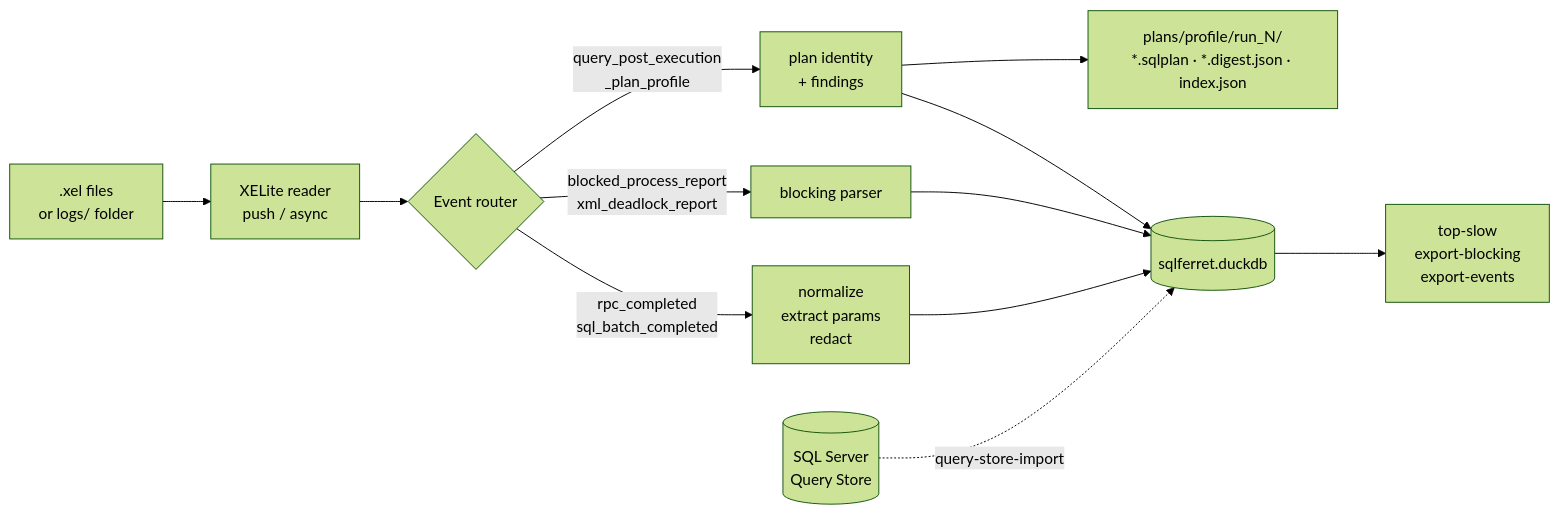
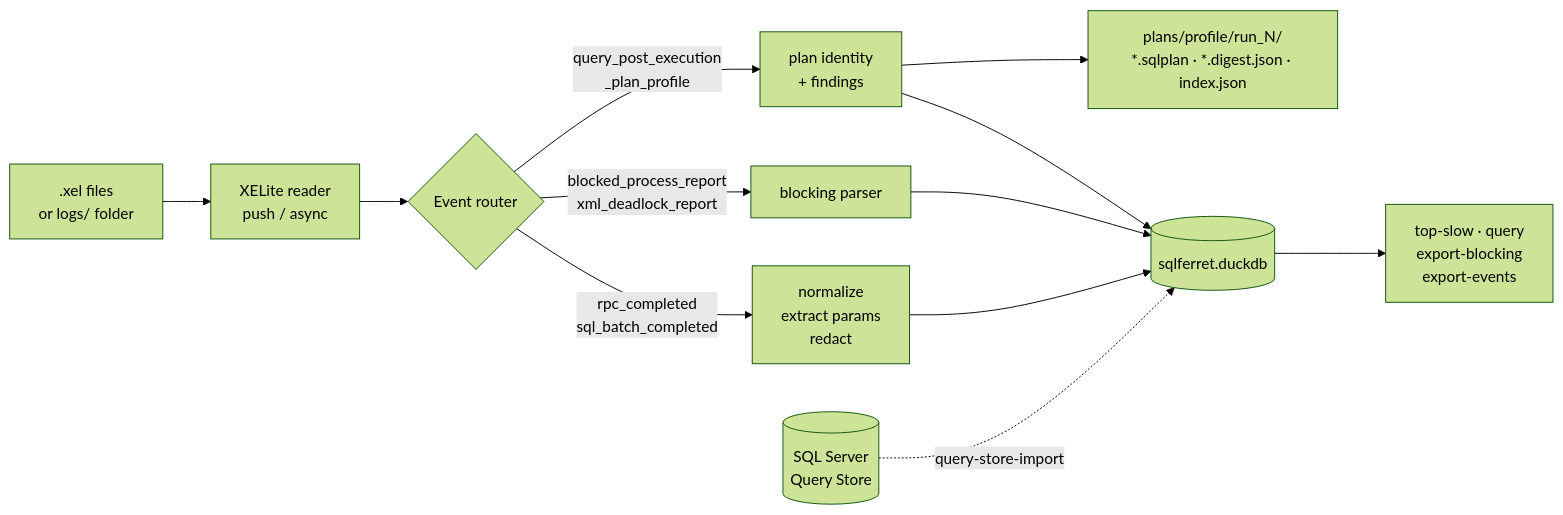
The diagram in README.md (rudi-bruchez/sqlferret), drawn with Mermaid (forest theme) before and after one commit. The commit also changed other lines of this file and 33 other files, not shown here.

````diff
--- a/README.md
+++ b/README.md
@@ -61,14 +62,14 @@
 ```mermaid
 flowchart LR
     A[".xel files<br/>or logs/ folder"] --> B["XELite reader<br/>push / async"]
     B --> C{Event router}
     C -->|"rpc_completed<br/>sql_batch_completed"| D["normalize<br/>extract params<br/>redact"]
     C -->|"blocked_process_report<br/>xml_deadlock_report"| E["blocking parser"]
     C -->|"query_post_execution<br/>_plan_profile"| F["plan identity<br/>+ findings"]
     D --> G[("sqlferret.duckdb")]
     E --> G
     F --> G
     F --> H["plans/profile/run_N/<br/>*.sqlplan · *.digest.json · index.json"]
-    G --> I["top-slow<br/>export-blocking<br/>export-events"]
+    G --> I["top-slow · query<br/>export-blocking<br/>export-events"]
     S[("SQL Server<br/>Query Store")] -.->|query-store-import| G
 ```
````
